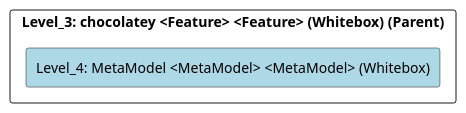
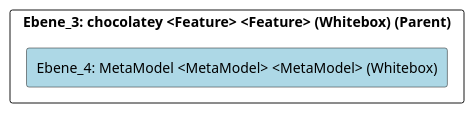
Before and after one commit to marcozwyssig/cleon: the diagram in doc/cleonproject_deliverables_architecture_model_architecture/adoc/de/05_bausteinsicht/cleon/operational_methods/chocolatey/metamodel/ebene_4_metamodel.adoc, drawn with PlantUML. The commit also changed other lines of this file and 214 other files, not shown here.

```diff
--- a/doc/cleonproject_deliverables_architecture_model_architecture/adoc/de/05_bausteinsicht/cleon/operational_methods/chocolatey/metamodel/ebene_4_metamodel.adoc
+++ b/doc/cleonproject_deliverables_architecture_model_architecture/adoc/de/05_bausteinsicht/cleon/operational_methods/chocolatey/metamodel/ebene_4_metamodel.adoc
@@ -20,24 +20,24 @@
-[plantuml, Level_4: MetaModel <MetaModel> <MetaModel> (Whitebox)BlockOverview, format="svg"]
+[plantuml, Ebene_4: MetaModel <MetaModel> <MetaModel> (Whitebox)BlockOverview, format="svg"]
 ----
-@startuml Level_4: MetaModel <MetaModel> <MetaModel> (Whitebox)BuildingBlockOverview
+@startuml Ebene_4: MetaModel <MetaModel> <MetaModel> (Whitebox)BuildingBlockOverview
 
 skinparam ranksep 10
 skinparam componentStyle rectangle
 skinparam shadowing false
 skinparam arrowColor lightblue
 skinparam arrowThickness 1.2
 skinparam rectangle {
   BackgroundColor White
   BorderColor #333
   RoundCorner 10
 }
 top to bottom direction
 
-component "Level_3: chocolatey <Feature> <Feature> (Whitebox) (Parent)" {
-    component "Level_4: MetaModel <MetaModel> <MetaModel> (Whitebox)" #lightblue {
+component "Ebene_3: chocolatey <Feature> <Feature> (Whitebox) (Parent)" {
+    component "Ebene_4: MetaModel <MetaModel> <MetaModel> (Whitebox)" #lightblue {
     }
 
 }
 
 @enduml
 ----
```
